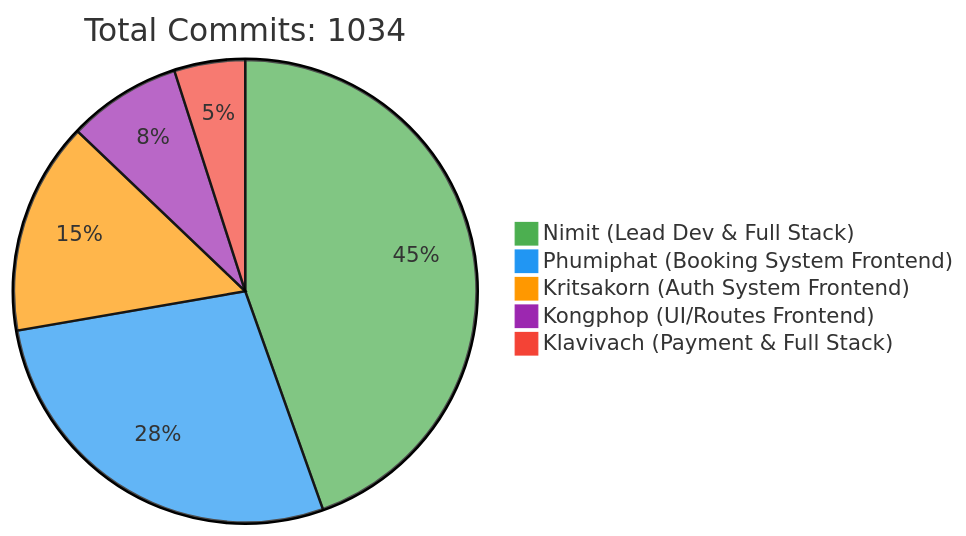
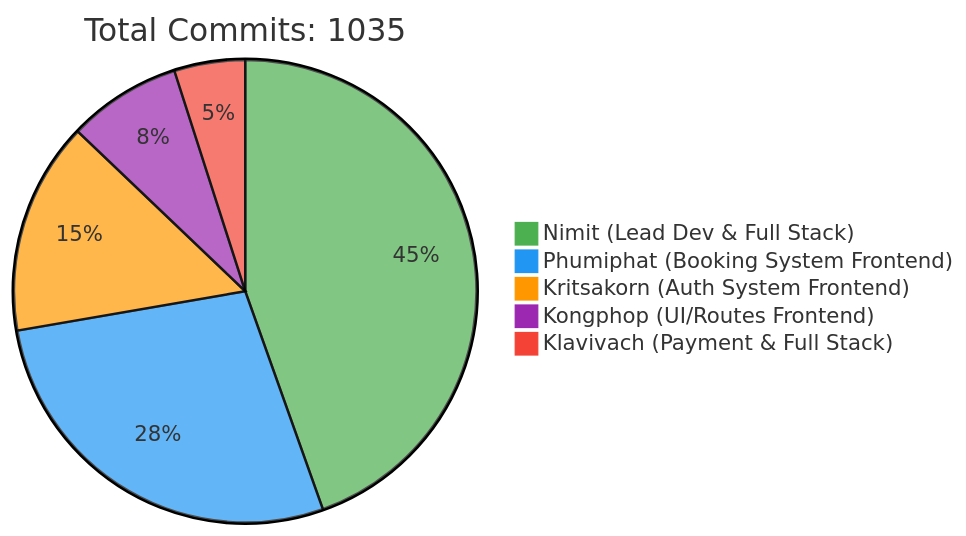
The first of 2 diagrams in README.md (6531503042/Sport-Complex), drawn with Mermaid before and after one commit. The commit also changed other lines of this file, not shown here.

Commit message:
docs: Update contributor statistics [skip ci]

````diff
--- a/README.md
+++ b/README.md
@@ -240,10 +240,10 @@
 ```mermaid
 %%{init: {'theme': 'base', 'themeVariables': { 'pie1': '#4CAF50', 'pie2': '#2196F3', 'pie3': '#FF9800', 'pie4': '#9C27B0', 'pie5': '#F44336'}}}%%
 pie
-    title Total Commits: 1034
+    title Total Commits: 1035
     "Nimit (Lead Dev & Full Stack)" : 450
     "Phumiphat (Booking System Frontend)" : 280
     "Kritsakorn (Auth System Frontend)" : 150
     "Kongphop (UI/Routes Frontend)" : 80
     "Klavivach (Payment & Full Stack)" : 50
 ```
````
